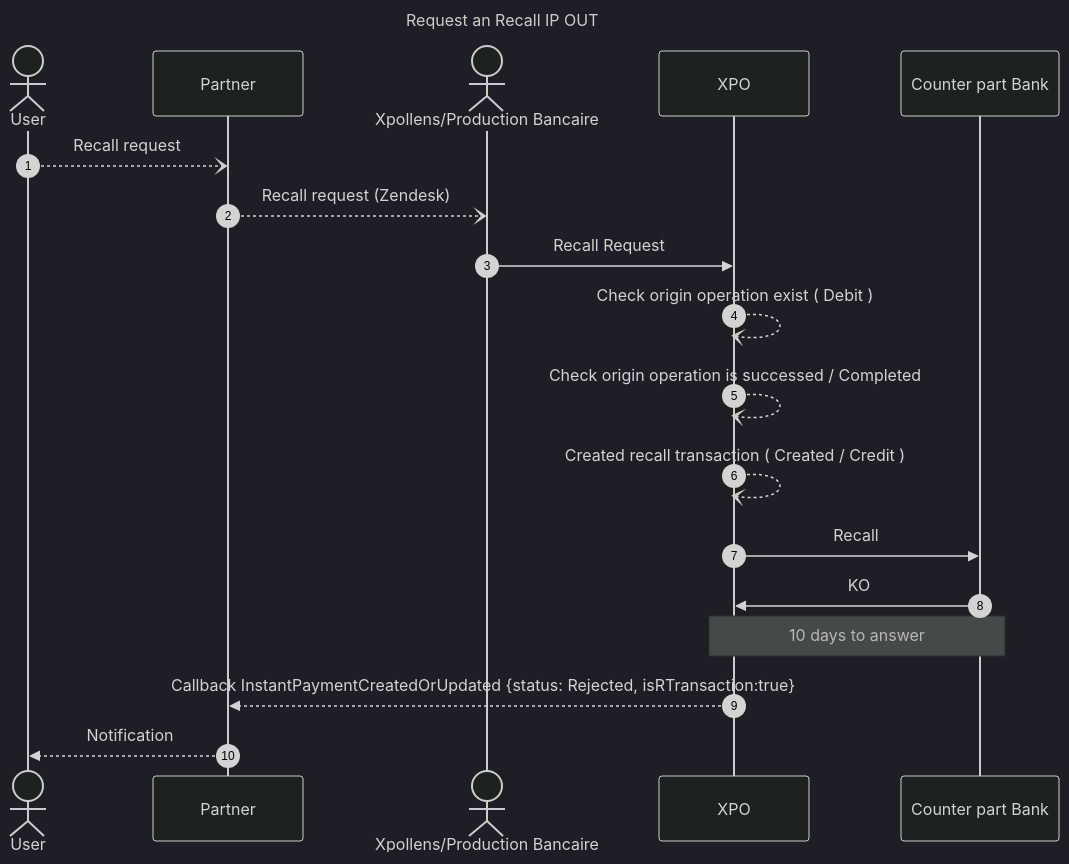
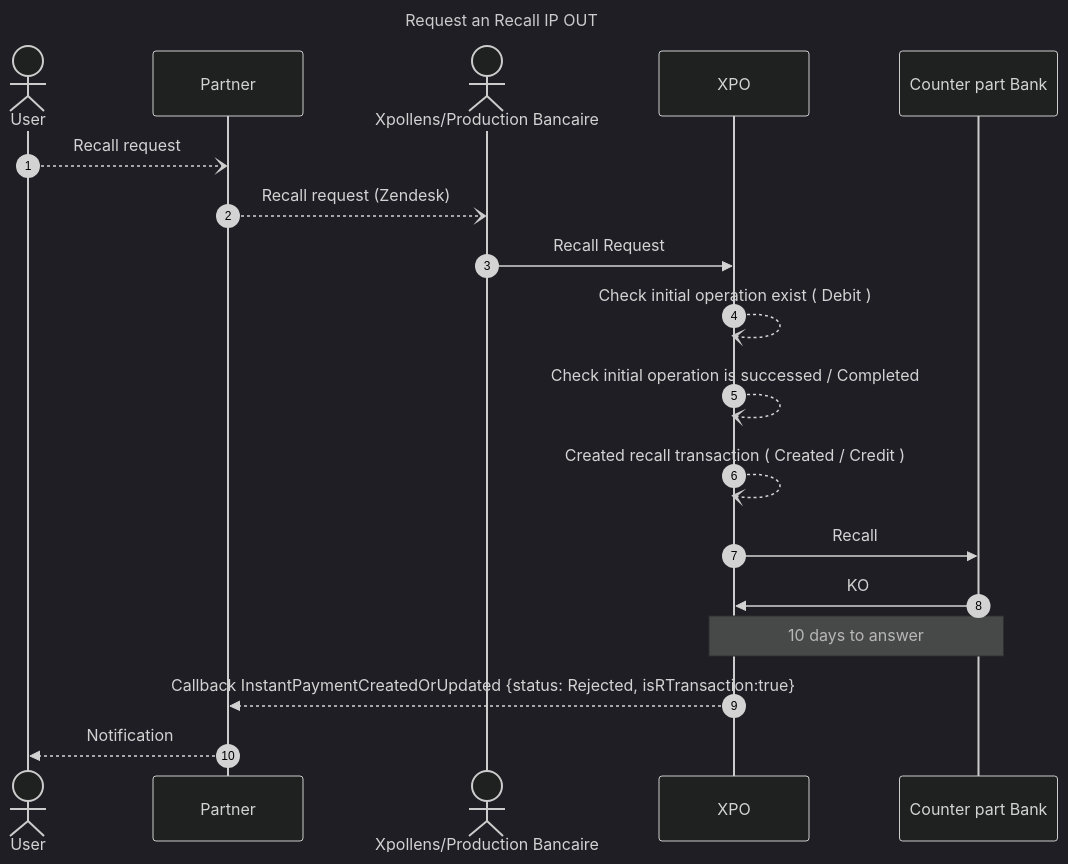
The ninth of 11 diagrams in docs/usecases/sepa_transfers/instant_payment.md (pomme-clic/s-money-documentation), drawn with Mermaid (dark theme) before and after one commit. The commit also changed other lines of this file, not shown here.

````diff
--- a/docs/usecases/sepa_transfers/instant_payment.md
+++ b/docs/usecases/sepa_transfers/instant_payment.md
@@ -293,26 +295,27 @@
 ```mermaid
 sequenceDiagram
 Title: Request an Recall IP OUT
 autoNumber
 Actor User
 Participant Partner
 ACTOR Xpollens/Production Bancaire
 Participant XPO
 Participant Counter part Bank
 Participant Partner
 
 User --) Partner: Recall request
 Partner --) Xpollens/Production Bancaire : Recall request (Zendesk)
  Xpollens/Production Bancaire ->> XPO : Recall Request
-XPO --) XPO : Check origin operation exist ( Debit )
-XPO --) XPO : Check origin operation is successed / Completed
+XPO --) XPO : Check initial operation exist ( Debit )
+XPO --) XPO : Check initial operation is successed / Completed
 XPO --) XPO :Created recall transaction ( Created / Credit )
 XPO ->> Counter part Bank: Recall
 Counter part Bank ->> XPO : KO
 Note over  XPO, Counter part Bank: 10 days to answer
 XPO -->> Partner : Callback InstantPaymentCreatedOrUpdated {status: Rejected, isRTransaction:true}
 Partner -->> User: Notification
 
 
 
+
 ```
````
